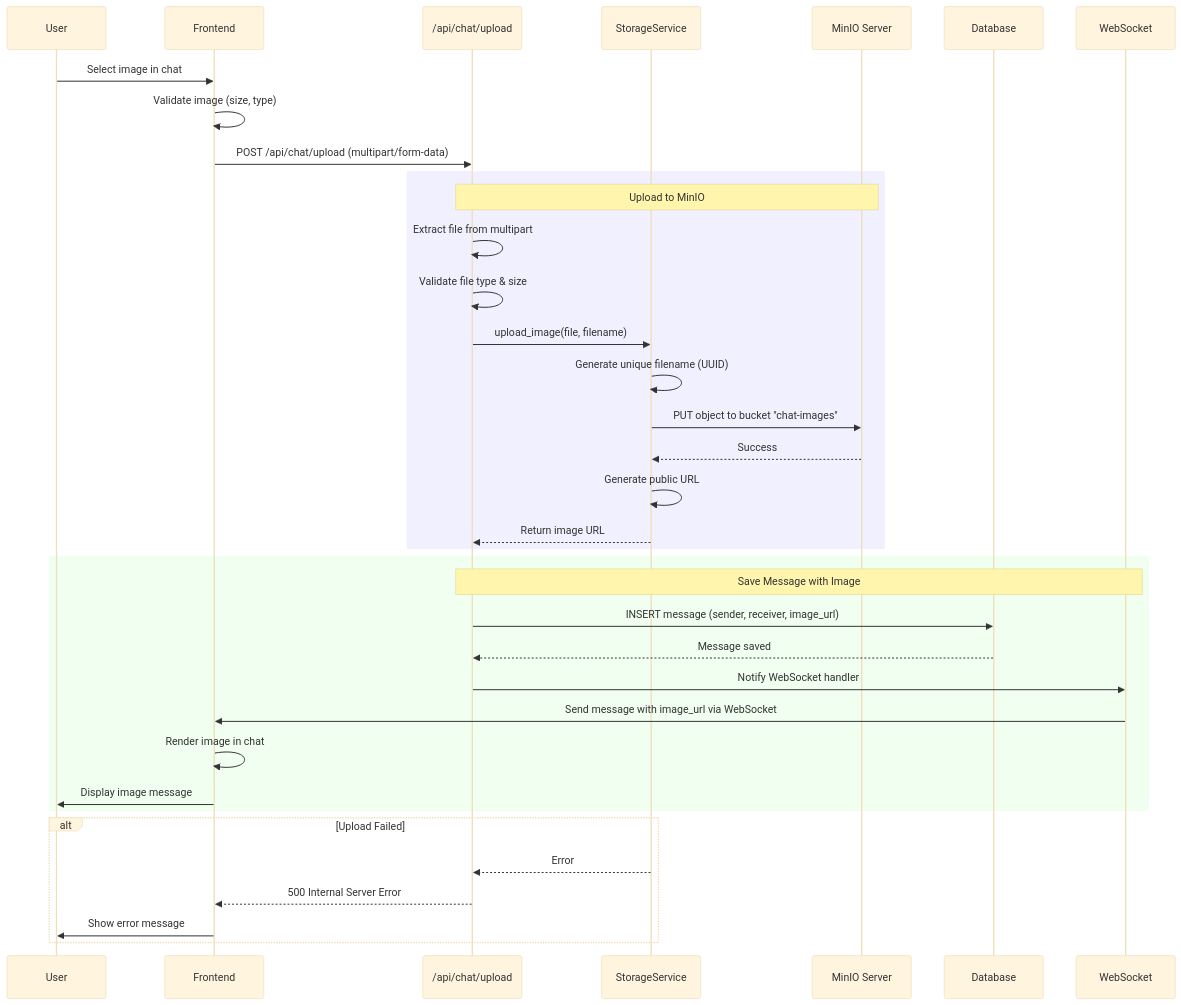
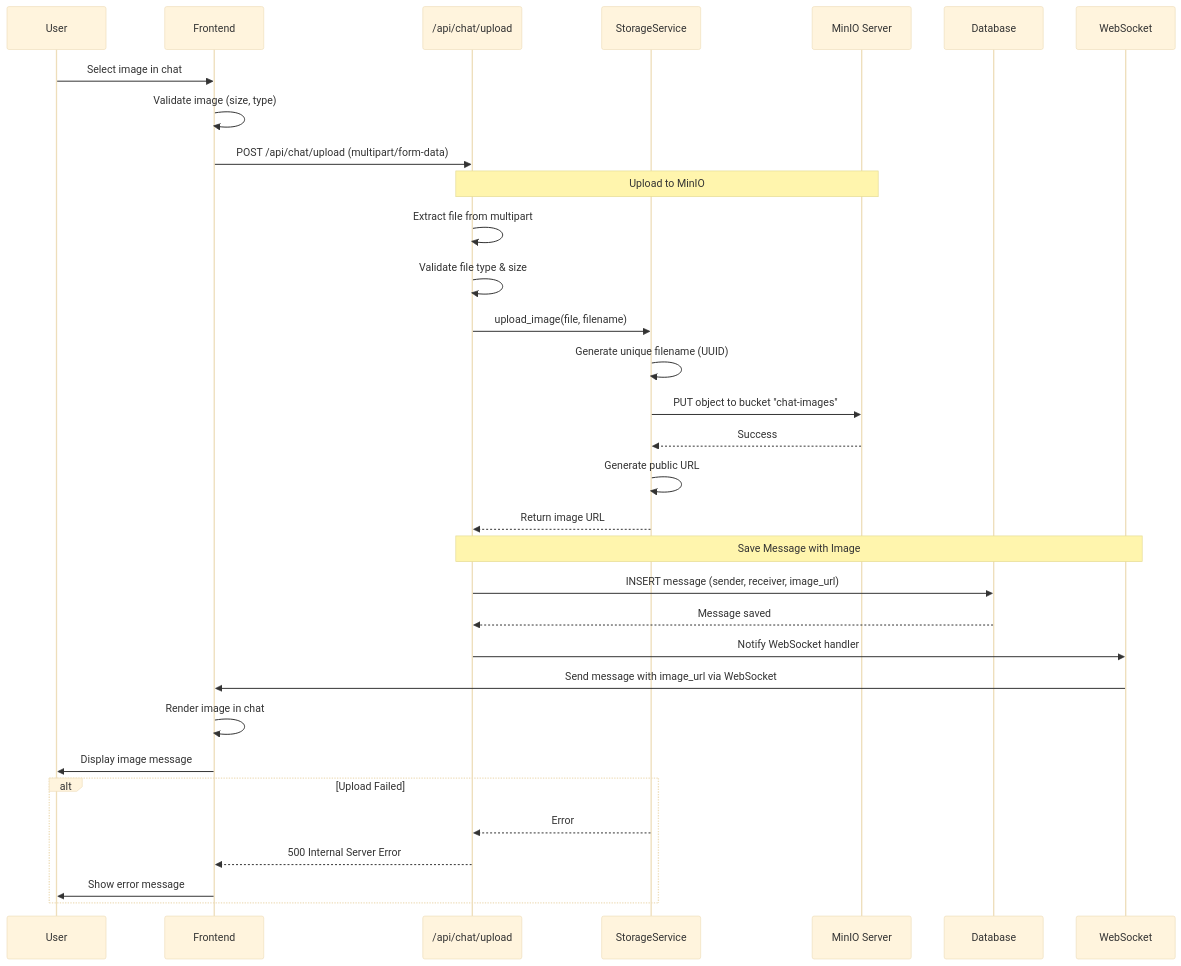
One commit to baohuyhuy/pupinn changed diagram 15 of 16 in data-flow.md. Above: the diagram before and after it, drawn with Mermaid (base theme). The commit also changed other lines of this file, not shown here.

Commit message:
Refactor sequence diagrams for clarity

````diff
--- a/data-flow.md
+++ b/data-flow.md
@@ -595,42 +567,38 @@
 ```mermaid
 sequenceDiagram
     participant U as User
     participant F as Frontend
     participant API as /api/chat/upload
     participant SS as StorageService
     participant MinIO as MinIO Server
     participant DB as Database
     participant WS as WebSocket
     
     U->>F: Select image in chat
     F->>F: Validate image (size, type)
     F->>API: POST /api/chat/upload (multipart/form-data)
     
-    rect rgb(240, 240, 255)
-        Note over API,MinIO: Upload to MinIO
-        API->>API: Extract file from multipart
-        API->>API: Validate file type & size
-        API->>SS: upload_image(file, filename)
-        SS->>SS: Generate unique filename (UUID)
-        SS->>MinIO: PUT object to bucket "chat-images"
-        MinIO-->>SS: Success
-        SS->>SS: Generate public URL
-        SS-->>API: Return image URL
-    end
+    Note over API,MinIO: Upload to MinIO
+    API->>API: Extract file from multipart
+    API->>API: Validate file type & size
+    API->>SS: upload_image(file, filename)
+    SS->>SS: Generate unique filename (UUID)
+    SS->>MinIO: PUT object to bucket "chat-images"
+    MinIO-->>SS: Success
+    SS->>SS: Generate public URL
+    SS-->>API: Return image URL
     
-    rect rgb(240, 255, 240)
-        Note over API,WS: Save Message with Image
-        API->>DB: INSERT message (sender, receiver, image_url)
-        DB-->>API: Message saved
-        API->>WS: Notify WebSocket handler
-        WS->>F: Send message with image_url via WebSocket
-        F->>F: Render image in chat
-        F->>U: Display image message
-    end
+    Note over API,WS: Save Message with Image
+    API->>DB: INSERT message (sender, receiver, image_url)
+    DB-->>API: Message saved
+    API->>WS: Notify WebSocket handler
+    WS->>F: Send message with image_url via WebSocket
+    F->>F: Render image in chat
+    F->>U: Display image message
     
     alt Upload Failed
         SS-->>API: Error
         API-->>F: 500 Internal Server Error
         F->>U: Show error message
     end
 ```
````
